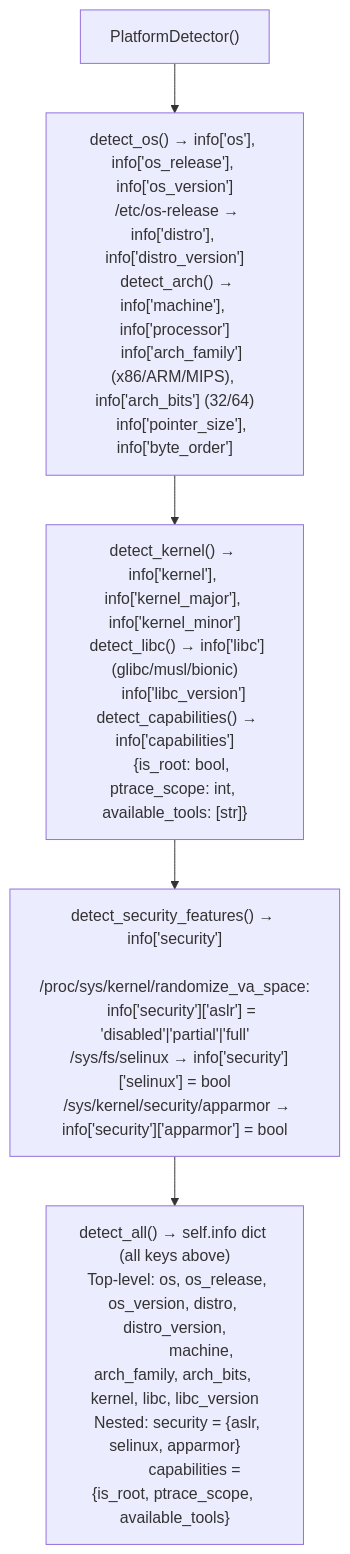
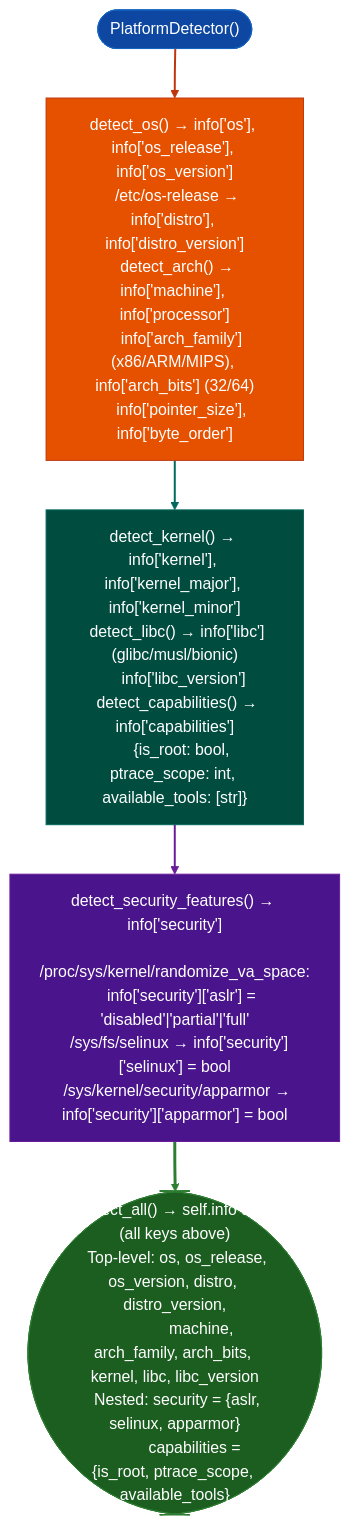
One commit to Ablation-Tool/ablation changed the diagram in docs/reference-modules/host-platform-inventory.md. Above: the diagram before and after it, drawn with Mermaid. The commit also changed 320 other files, not shown here.

First line of the commit message:
docs: apply canonical Mermaid template to all 321 diagrams

````diff
--- a/docs/reference-modules/host-platform-inventory.md
+++ b/docs/reference-modules/host-platform-inventory.md
@@ -19,7 +19,17 @@
 ```mermaid
 flowchart TD
-    A["PlatformDetector()"] --> B["detect_os() → info['os'], info['os_release'], info['os_version']\n  /etc/os-release → info['distro'], info['distro_version']\n  detect_arch() → info['machine'], info['processor']\n    info['arch_family'] (x86/ARM/MIPS), info['arch_bits'] (32/64)\n    info['pointer_size'], info['byte_order']"]
-    B --> C["detect_kernel() → info['kernel'], info['kernel_major'], info['kernel_minor']\n  detect_libc() → info['libc'] (glibc/musl/bionic)\n    info['libc_version']\n  detect_capabilities() → info['capabilities']\n    {is_root: bool, ptrace_scope: int, available_tools: [str]}"]
-    C --> D["detect_security_features() → info['security']\n  /proc/sys/kernel/randomize_va_space:\n    info['security']['aslr'] = 'disabled'|'partial'|'full'\n  /sys/fs/selinux → info['security']['selinux'] = bool\n  /sys/kernel/security/apparmor → info['security']['apparmor'] = bool"]
-    D --> E["detect_all() → self.info dict (all keys above)\n  Top-level: os, os_release, os_version, distro, distro_version,\n             machine, arch_family, arch_bits, kernel, libc, libc_version\n  Nested: security = {aslr, selinux, apparmor}\n          capabilities = {is_root, ptrace_scope, available_tools}"]
+    A(["PlatformDetector()"]):::input --> B["detect_os() → info['os'], info['os_release'], info['os_version']\n  /etc/os-release → info['distro'], info['distro_version']\n  detect_arch() → info['machine'], info['processor']\n    info['arch_family'] (x86/ARM/MIPS), info['arch_bits'] (32/64)\n    info['pointer_size'], info['byte_order']"]:::primary
+    B:::primary --> C["detect_kernel() → info['kernel'], info['kernel_major'], info['kernel_minor']\n  detect_libc() → info['libc'] (glibc/musl/bionic)\n    info['libc_version']\n  detect_capabilities() → info['capabilities']\n    {is_root: bool, ptrace_scope: int, available_tools: [str]}"]:::secondary
+    C:::secondary --> D["detect_security_features() → info['security']\n  /proc/sys/kernel/randomize_va_space:\n    info['security']['aslr'] = 'disabled'|'partial'|'full'\n  /sys/fs/selinux → info['security']['selinux'] = bool\n  /sys/kernel/security/apparmor → info['security']['apparmor'] = bool"]:::tertiary
+    D:::tertiary --> E(["detect_all() → self.info dict (all keys above)\n  Top-level: os, os_release, os_version, distro, distro_version,\n             machine, arch_family, arch_bits, kernel, libc, libc_version\n  Nested: security = {aslr, selinux, apparmor}\n          capabilities = {is_root, ptrace_scope, available_tools}"]):::output
+    classDef input     fill:#0d47a1,stroke:#1565c0,color:#fff
+    classDef primary   fill:#e65100,stroke:#bf360c,color:#fff
+    classDef secondary fill:#004d40,stroke:#00695c,color:#fff
+    classDef tertiary  fill:#4a148c,stroke:#6a1b9a,color:#fff
+    classDef neutral   fill:#37474f,stroke:#546e7a,color:#fff
+    classDef output    fill:#1b5e20,stroke:#2e7d32,color:#fff
+    linkStyle 0 stroke:#bf360c,stroke-width:2px
+    linkStyle 1 stroke:#00695c,stroke-width:2px
+    linkStyle 2 stroke:#6a1b9a,stroke-width:2px
+    linkStyle 3 stroke:#2e7d32,stroke-width:3px
 ```
````
